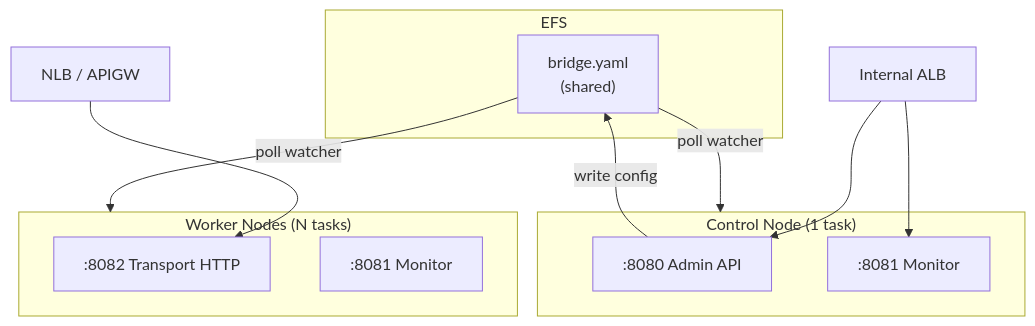
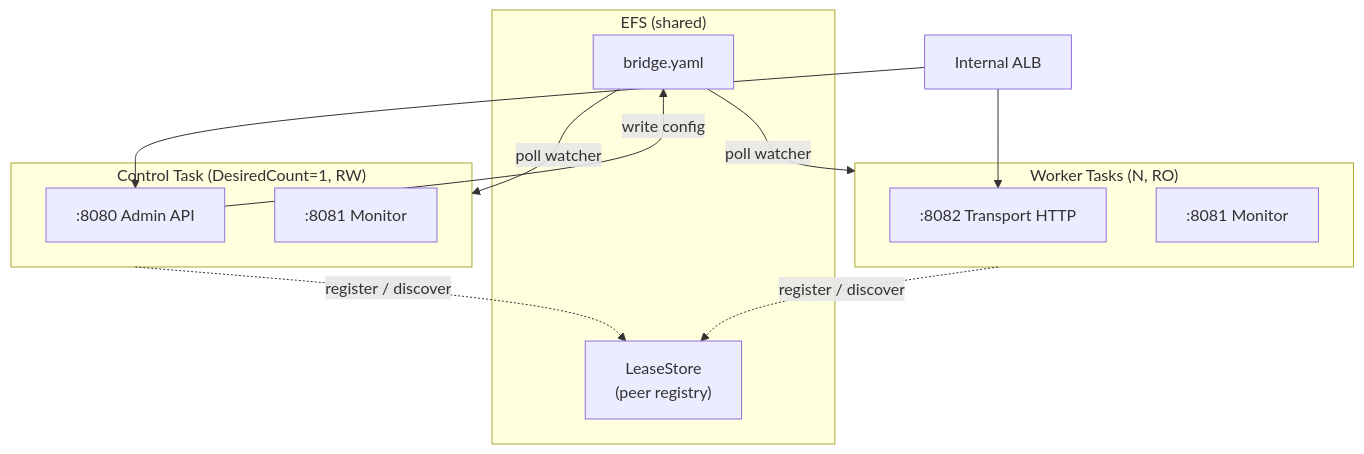
One commit to mariotoffia/gobridge changed the first of 2 diagrams in docs/scenarios/cdk/05-multi-bridge-cluster.md. Above: the diagram before and after it, drawn with Mermaid. The commit also changed other lines of this file, not shown here.

First line of the commit message:
T25: rewrite docs/scenarios/cdk/05-multi-bridge-cluster.md for GoBridgeCluster

````diff
--- a/docs/scenarios/cdk/05-multi-bridge-cluster.md
+++ b/docs/scenarios/cdk/05-multi-bridge-cluster.md
@@ -21,24 +22,26 @@
 ```mermaid
 flowchart TD
-    subgraph EFS
-        Config["bridge.yaml\n(shared)"]
+    subgraph EFS["EFS (shared)"]
+        Config["bridge.yaml"]
+        Lease["LeaseStore<br/>(peer registry)"]
     end
 
-    subgraph Control ["Control Node (1 task)"]
+    subgraph Control["Control Task (DesiredCount=1, RW)"]
         CA[":8080 Admin API"]
         CM[":8081 Monitor"]
     end
 
-    subgraph Workers ["Worker Nodes (N tasks)"]
+    subgraph Workers["Worker Tasks (N, RO)"]
         WT[":8082 Transport HTTP"]
         WM[":8081 Monitor"]
     end
 
     CA -->|write config| Config
     Config -->|poll watcher| Workers
     Config -->|poll watcher| Control
+    Control -.->|register / discover| Lease
+    Workers -.->|register / discover| Lease
 
     ALB[Internal ALB] --> CA
-    ALB --> CM
-    NLB[NLB / APIGW] --> WT
+    ALB --> WT
 ```
````
